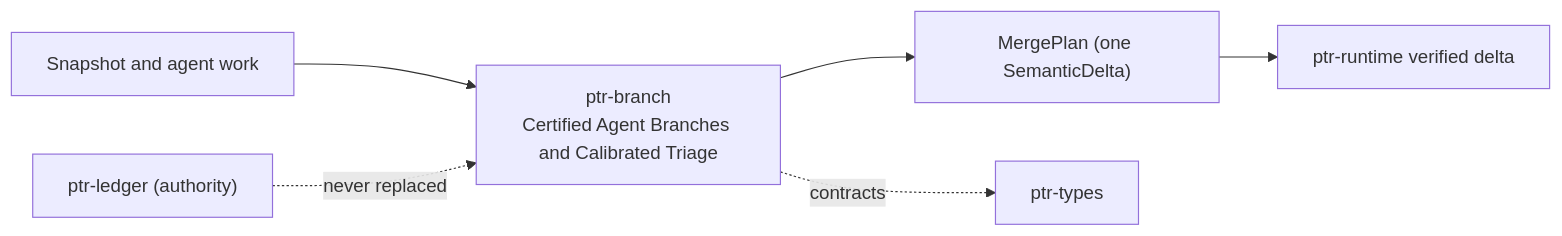
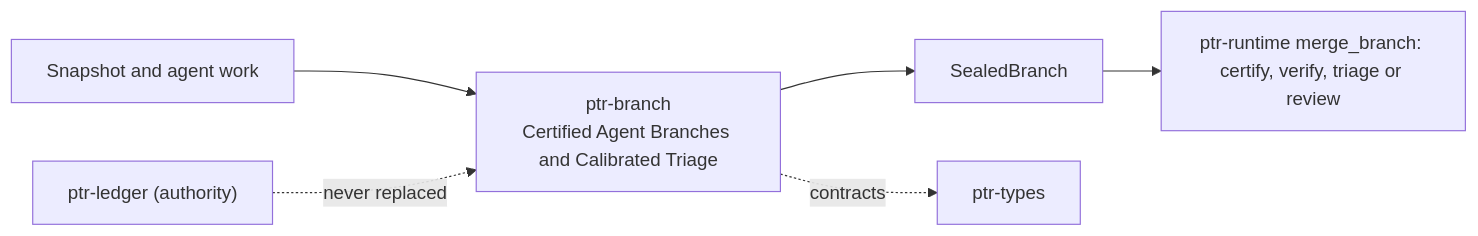
Before and after one commit to xrey167/PTR: the diagram in docs/diagrams/components/ptr-branch.mmd, drawn with Mermaid. The commit also changed 30 other files, not shown here.

```diff
--- a/docs/diagrams/components/ptr-branch.mmd
+++ b/docs/diagrams/components/ptr-branch.mmd
@@ -1,6 +1,6 @@
 flowchart LR
     A["Snapshot and agent work"] --> B["ptr-branch\nCertified Agent Branches and Calibrated Triage"]
-    B --> C["MergePlan (one SemanticDelta)"]
-    C --> D["ptr-runtime verified delta"]
+    B --> C["SealedBranch"]
+    C --> D["ptr-runtime merge_branch: certify, verify, triage or review"]
     B -. "contracts" .-> T["ptr-types"]
     L["ptr-ledger (authority)"] -. "never replaced" .-> B
```
